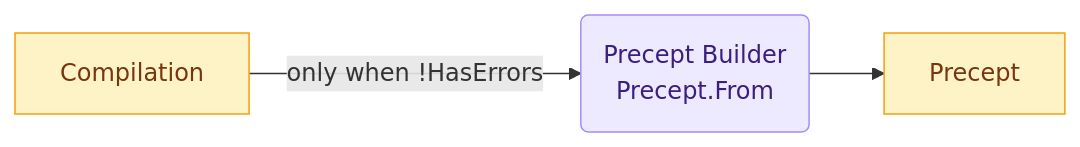
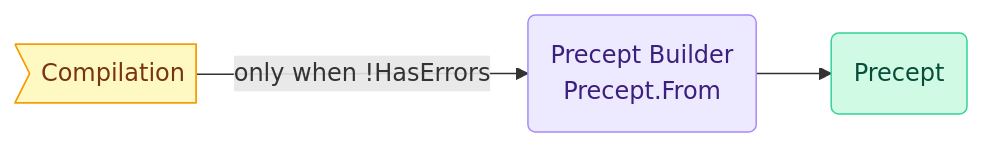
The eighth of 9 diagrams in docs/compiler-and-runtime-design.md (sfalik/Precept), drawn with Mermaid before and after one commit. The commit also changed other lines of this file and 1 other file, not shown here.

First line of the commit message:
docs: refine pipeline diagram and narrative in compiler-and-runtime-design.md

````diff
--- a/docs/compiler-and-runtime-design.md
+++ b/docs/compiler-and-runtime-design.md
@@ -696,12 +811,13 @@
 ```mermaid
 flowchart LR
-    classDef stage fill:#ede9fe,stroke:#a78bfa,color:#3b1f7e
-    classDef artifact fill:#fef3c7,stroke:#f59e0b,color:#78350f
+    classDef stage   fill:#ede9fe,stroke:#a78bfa,color:#3b1f7e
+    classDef out     fill:#fef9c3,stroke:#f59e0b,color:#78350f
+    classDef runtime fill:#d1fae5,stroke:#34d399,color:#064e3b
 
-    CR[Compilation]:::artifact
+    CR>"Compilation"]:::out
     LOW("Precept Builder<br/>Precept.From"):::stage
-    OUT[Precept]:::artifact
+    OUT(Precept):::runtime
 
     CR -->|"only when !HasErrors"| LOW
     LOW --> OUT
 ```
````
